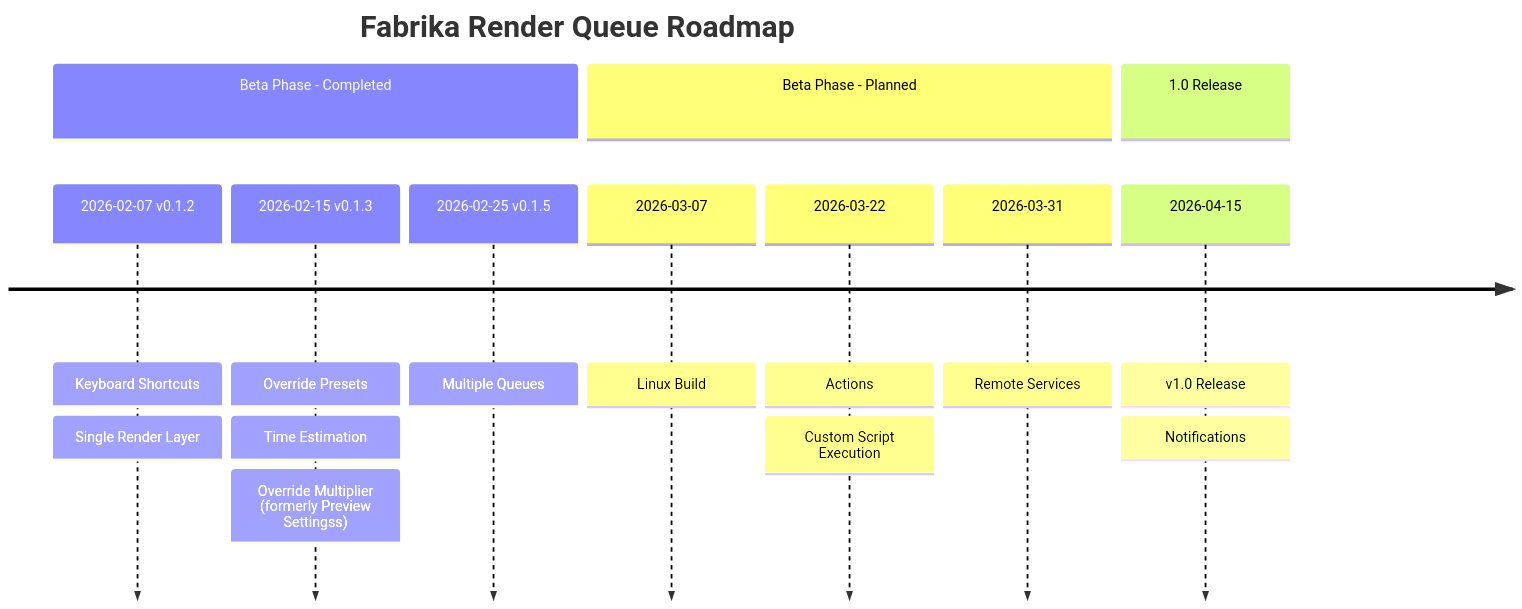
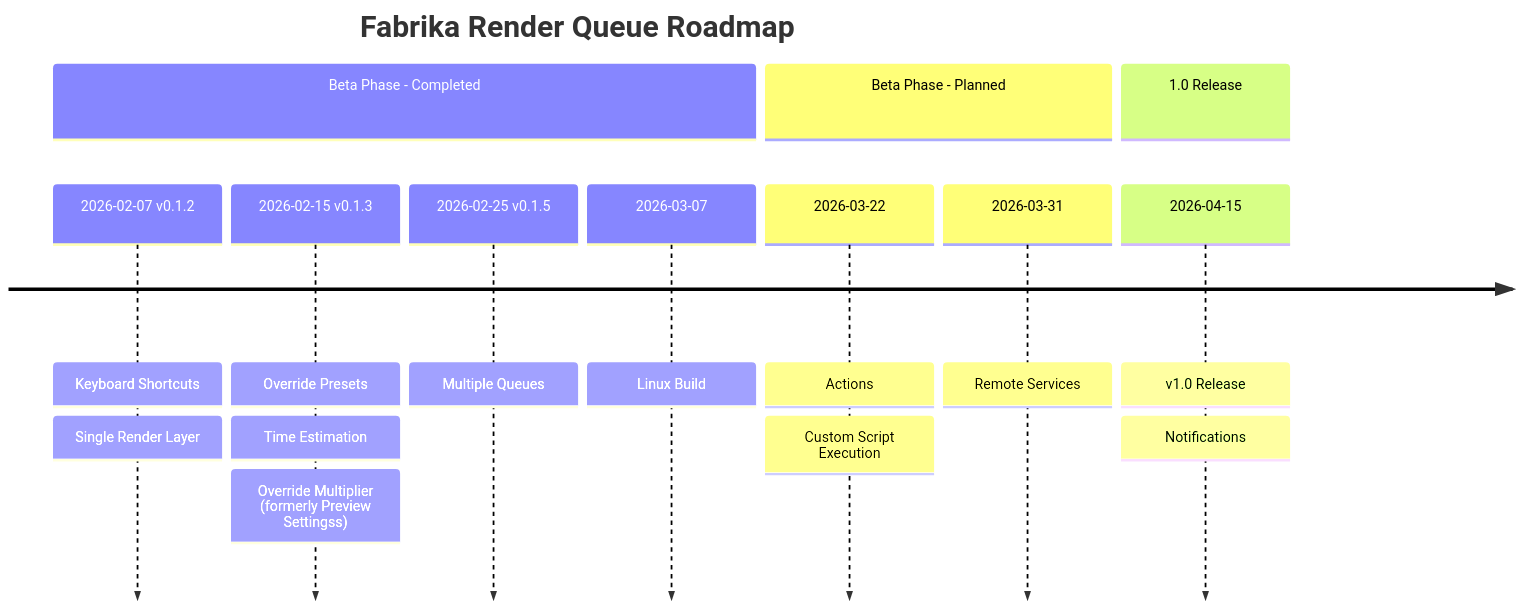
The diagram in docs/roadmap.md (jonathan-jesus/fabrika-queue-docs), drawn with Mermaid before and after one commit. The commit also changed other lines of this file, not shown here.

Commit message:
Updated roadmap

````diff
--- a/docs/roadmap.md
+++ b/docs/roadmap.md
@@ -13,14 +13,14 @@
 ```mermaid
 timeline
     title Fabrika Render Queue Roadmap
     section Beta Phase - Completed
         2026-02-07 v0.1.2 : Keyboard Shortcuts : Single Render Layer
         2026-02-15 v0.1.3 : Override Presets : Time Estimation : Override Multiplier (formerly Preview Settingss)
         2026-02-25 v0.1.5 : Multiple Queues
+        2026-03-07 : Linux Build
     section Beta Phase - Planned
-        2026-03-07 : Linux Build
         2026-03-22 : Actions : Custom Script Execution
         2026-03-31 : Remote Services
     section 1.0 Release
         2026-04-15 : v1.0 Release : Notifications
 ```
````
